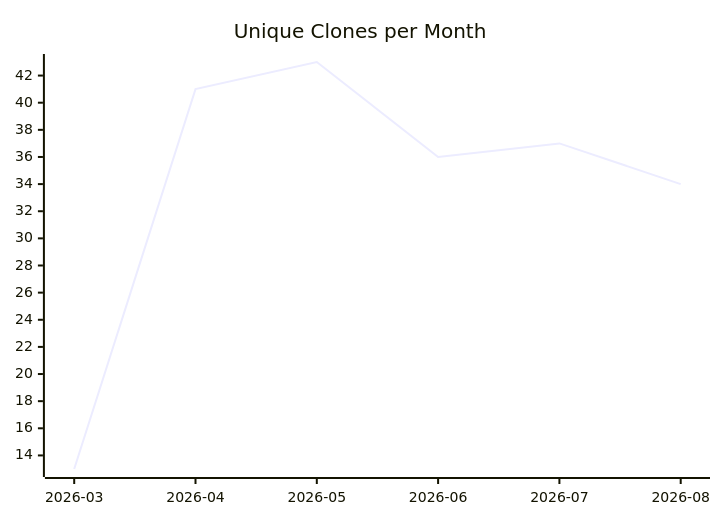
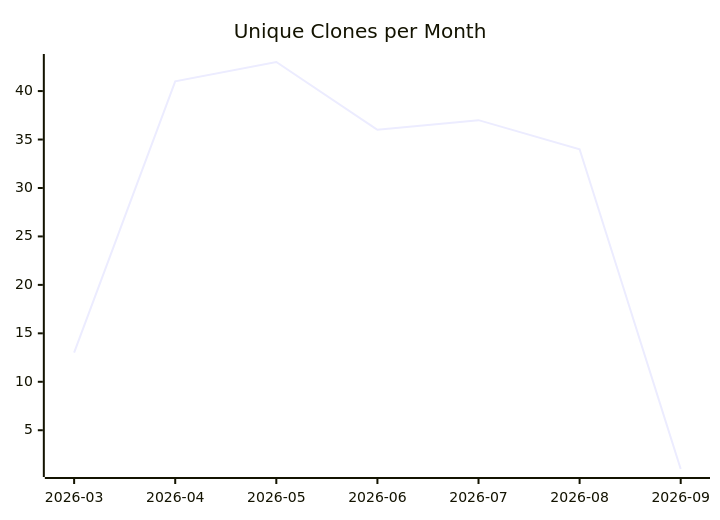
The third of 3 diagrams in karlmdavis/usgs-water-api-java/README.md (justdavis-family/github-analytics-data), drawn with Mermaid before and after one commit. The commit also changed other lines of this file and 191 other files, not shown here.

````diff
--- a/karlmdavis/usgs-water-api-java/README.md
+++ b/karlmdavis/usgs-water-api-java/README.md
@@ -19,6 +19,6 @@
 ```mermaid
 xychart-beta
   title "Unique Clones per Month"
-  x-axis ["2026-03", "2026-04", "2026-05", "2026-06", "2026-07", "2026-08"]
-  line [13, 41, 43, 36, 37, 34]
+  x-axis ["2026-03", "2026-04", "2026-05", "2026-06", "2026-07", "2026-08", "2026-09"]
+  line [13, 41, 43, 36, 37, 34, 1]
 ```
````
